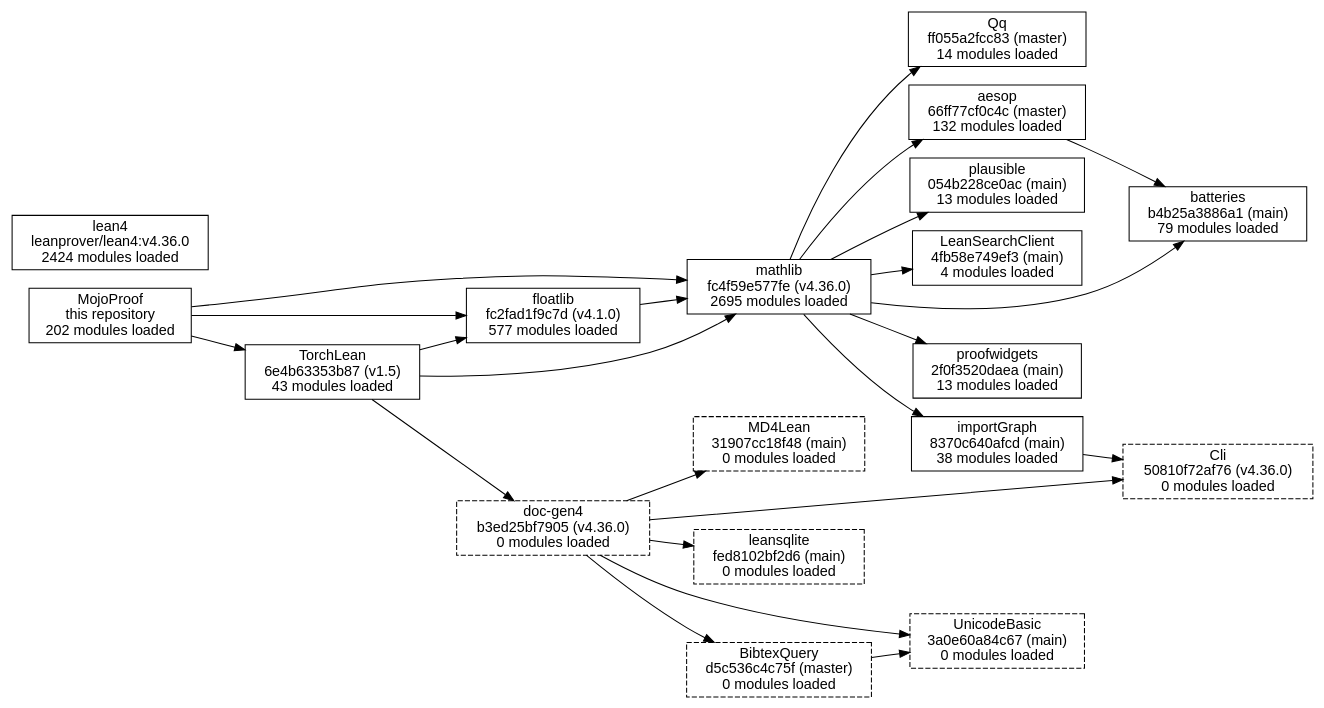
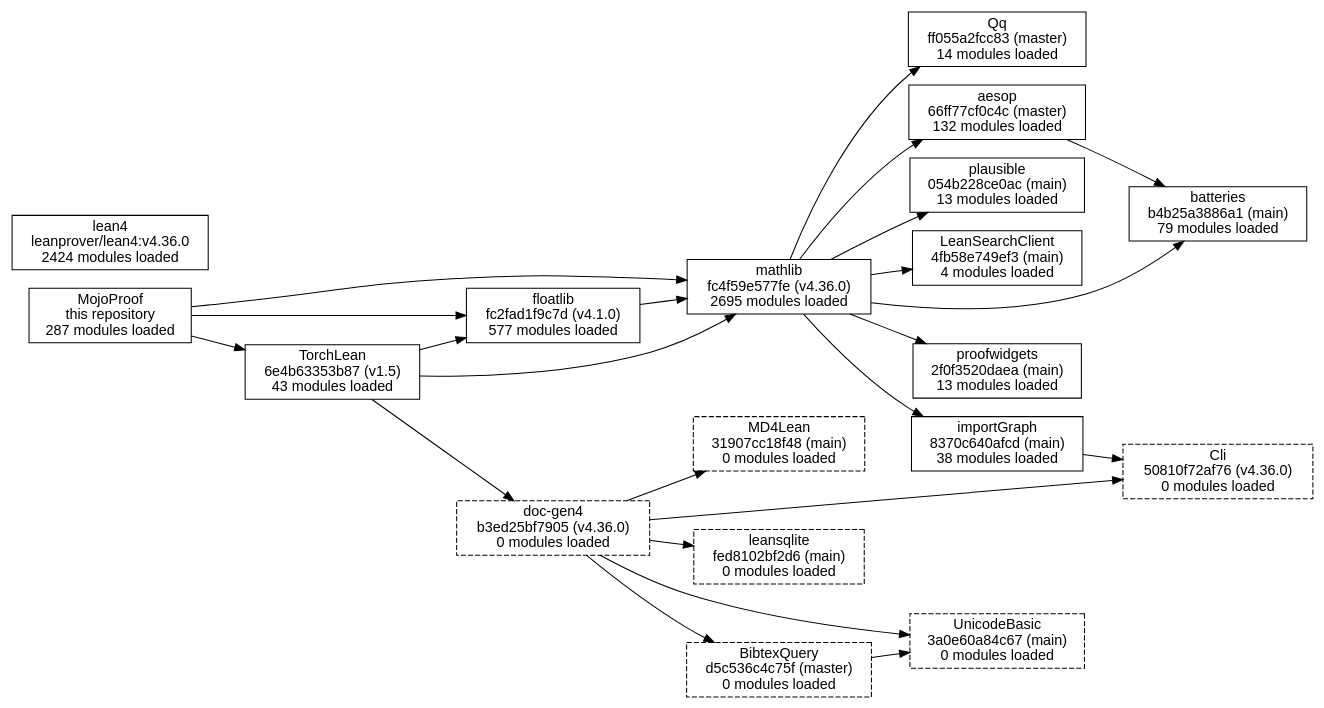
Before and after one commit to Robertboy18/MojoProof: the diagram in docs/deps/packages.dot, drawn with Graphviz. The commit also changed 408 other files, not shown here.

First line of the commit message:
Daily update 2026-11-25: the proofs, docs and roadmap as of dev 9048cd6

```diff
--- a/docs/deps/packages.dot
+++ b/docs/deps/packages.dot
@@ -1,44 +1,44 @@
 digraph packages {
   rankdir=LR;
   node [shape=box, fontname="Helvetica"];
-  "MojoProof" [label="MojoProof\nthis repository\n202 modules loaded"];
+  "MojoProof" [label="MojoProof\nthis repository\n287 modules loaded"];
   "mathlib" [label="mathlib\nfc4f59e577fe (v4.36.0)\n2695 modules loaded"];
   "TorchLean" [label="TorchLean\n6e4b63353b87 (v1.5)\n43 modules loaded"];
   "floatlib" [label="floatlib\nfc2fad1f9c7d (v4.1.0)\n577 modules loaded"];
   "plausible" [label="plausible\n054b228ce0ac (main)\n13 modules loaded"];
   "LeanSearchClient" [label="LeanSearchClient\n4fb58e749ef3 (main)\n4 modules loaded"];
   "importGraph" [label="importGraph\n8370c640afcd (main)\n38 modules loaded"];
   "proofwidgets" [label="proofwidgets\n2f0f3520daea (main)\n13 modules loaded"];
   "aesop" [label="aesop\n66ff77cf0c4c (master)\n132 modules loaded"];
   "Qq" [label="Qq\nff055a2fcc83 (master)\n14 modules loaded"];
   "batteries" [label="batteries\nb4b25a3886a1 (main)\n79 modules loaded"];
   "doc-gen4" [label="doc-gen4\nb3ed25bf7905 (v4.36.0)\n0 modules loaded", style="dashed"];
   "Cli" [label="Cli\n50810f72af76 (v4.36.0)\n0 modules loaded", style="dashed"];
   "leansqlite" [label="leansqlite\nfed8102bf2d6 (main)\n0 modules loaded", style="dashed"];
   "UnicodeBasic" [label="UnicodeBasic\n3a0e60a84c67 (main)\n0 modules loaded", style="dashed"];
   "BibtexQuery" [label="BibtexQuery\nd5c536c4c75f (master)\n0 modules loaded", style="dashed"];
   "MD4Lean" [label="MD4Lean\n31907cc18f48 (main)\n0 modules loaded", style="dashed"];
   "lean4" [label="lean4\nleanprover/lean4:v4.36.0\n2424 modules loaded"];
   "BibtexQuery" -> "UnicodeBasic";
   "MojoProof" -> "TorchLean";
   "MojoProof" -> "floatlib";
   "MojoProof" -> "mathlib";
   "TorchLean" -> "doc-gen4";
   "TorchLean" -> "floatlib";
   "TorchLean" -> "mathlib";
   "aesop" -> "batteries";
   "doc-gen4" -> "BibtexQuery";
   "doc-gen4" -> "Cli";
   "doc-gen4" -> "MD4Lean";
   "doc-gen4" -> "UnicodeBasic";
   "doc-gen4" -> "leansqlite";
   "floatlib" -> "mathlib";
   "importGraph" -> "Cli";
   "mathlib" -> "LeanSearchClient";
   "mathlib" -> "Qq";
   "mathlib" -> "aesop";
   "mathlib" -> "batteries";
   "mathlib" -> "importGraph";
   "mathlib" -> "plausible";
   "mathlib" -> "proofwidgets";
 }
```
